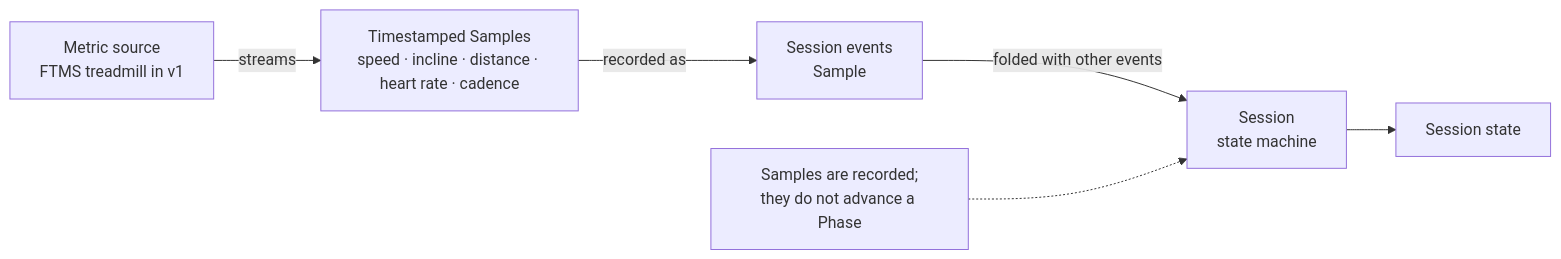
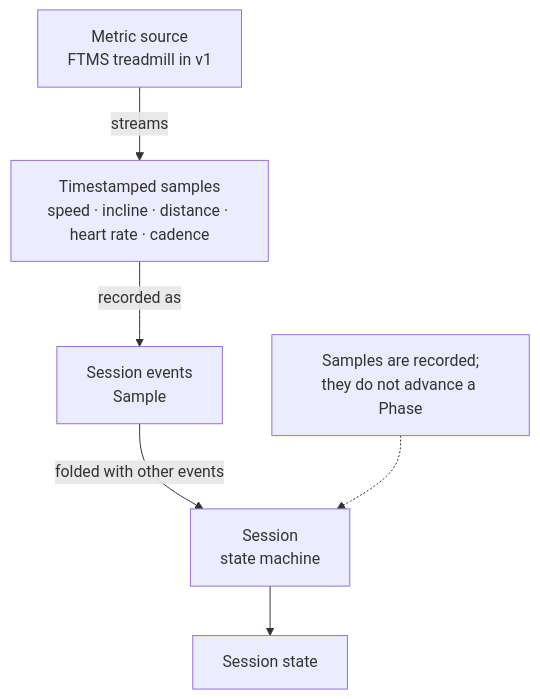
One commit to tkint/coach-poulpy changed the fourth of 4 diagrams in docs/architecture.md. Above: the diagram before and after it, drawn with Mermaid. The commit also changed other lines of this file and 3 other files, not shown here.

Commit message:
docs: add vertical architecture and authentication diagrams

````diff
--- a/docs/architecture.md
+++ b/docs/architecture.md
@@ -134,8 +151,15 @@
 ```mermaid
-flowchart LR
-    source["Metric source<br/>FTMS treadmill in v1"] -->|streams| samples["Timestamped Samples<br/>speed · incline · distance · heart rate · cadence"]
-    samples -->|recorded as| events["Session events<br/>Sample"]
-    events -->|folded with other events| session["Session<br/>state machine"]
-    session --> state["Session state"]
-    note["Samples are recorded;<br/>they do not advance a Phase"] -.-> session
+flowchart TD
+    source["Metric source<br/>FTMS treadmill in v1"]
+    samples["Timestamped samples<br/>speed · incline · distance · heart rate · cadence"]
+    events["Session events<br/>Sample"]
+    session["Session<br/>state machine"]
+    state["Session state"]
+    note["Samples are recorded;<br/>they do not advance a Phase"]
+
+    source -->|streams| samples
+    samples -->|recorded as| events
+    events -->|folded with other events| session
+    session --> state
+    note -.-> session
 ```
````
